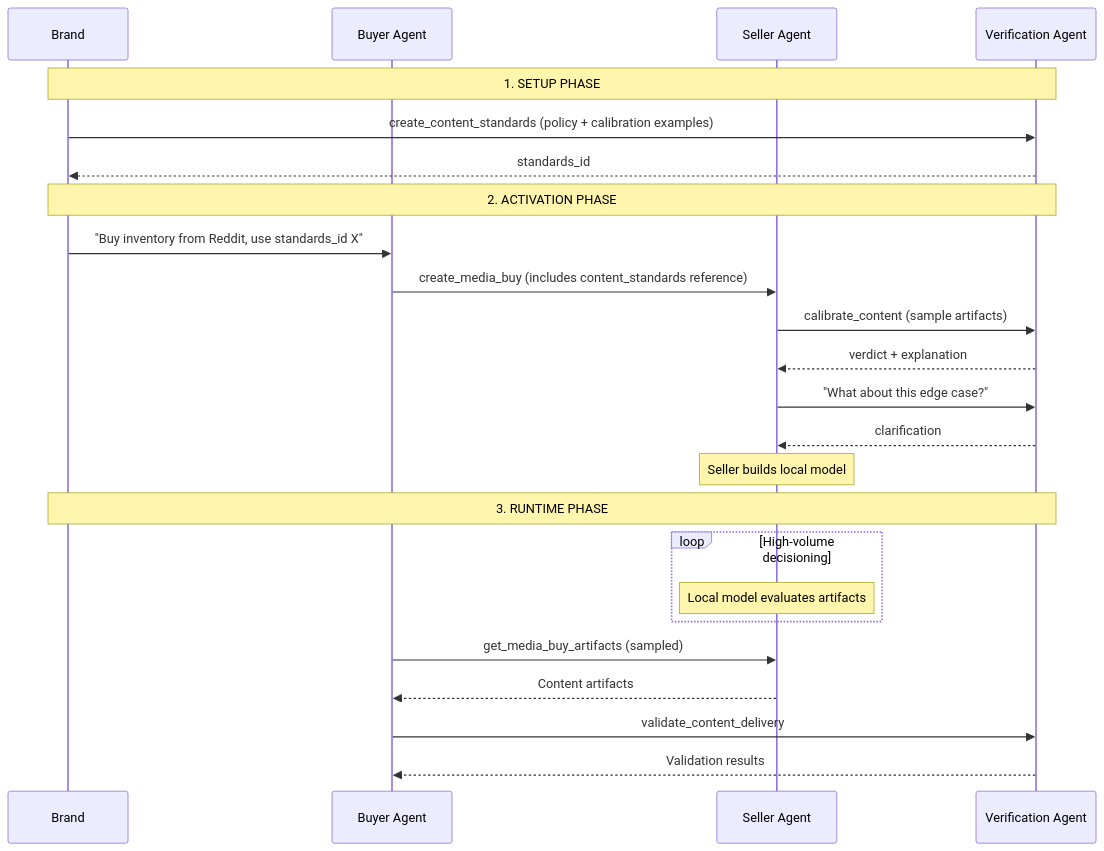
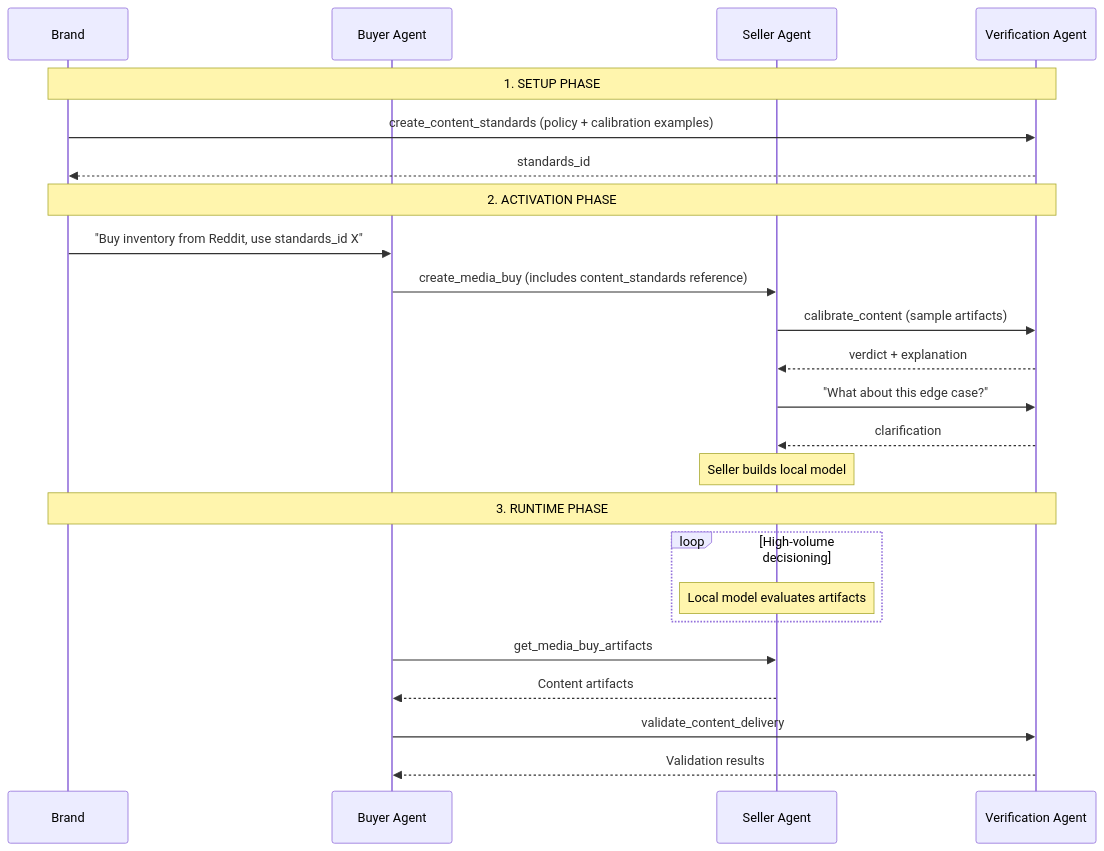
The first of 2 diagrams in docs/governance/content-standards/index.mdx (adcontextprotocol/adcp), drawn with Mermaid before and after one commit. The commit also changed other lines of this file and 9 other files, not shown here.

First line of the commit message:
feat: remove request-time sampling from get_media_buy_artifacts, add content_standards_detail

````diff
--- a/docs/governance/content-standards/index.mdx
+++ b/docs/governance/content-standards/index.mdx
@@ -60,31 +60,31 @@
 ```mermaid
 sequenceDiagram
     participant Brand
     participant Buyer as Buyer Agent
     participant Seller as Seller Agent
     participant Verifier as Verification Agent
 
     Note over Brand,Verifier: 1. SETUP PHASE
     Brand->>Verifier: create_content_standards (policy + calibration examples)
     Verifier-->>Brand: standards_id
 
     Note over Brand,Verifier: 2. ACTIVATION PHASE
     Brand->>Buyer: "Buy inventory from Reddit, use standards_id X"
     Buyer->>Seller: create_media_buy (includes content_standards reference)
 
     Seller->>Verifier: calibrate_content (sample artifacts)
     Verifier-->>Seller: verdict + explanation
     Seller->>Verifier: "What about this edge case?"
     Verifier-->>Seller: clarification
     Note over Seller: Seller builds local model
 
     Note over Brand,Verifier: 3. RUNTIME PHASE
     loop High-volume decisioning
         Note over Seller: Local model evaluates artifacts
     end
 
-    Buyer->>Seller: get_media_buy_artifacts (sampled)
+    Buyer->>Seller: get_media_buy_artifacts
     Seller-->>Buyer: Content artifacts
     Buyer->>Verifier: validate_content_delivery
     Verifier-->>Buyer: Validation results
 ```
````
